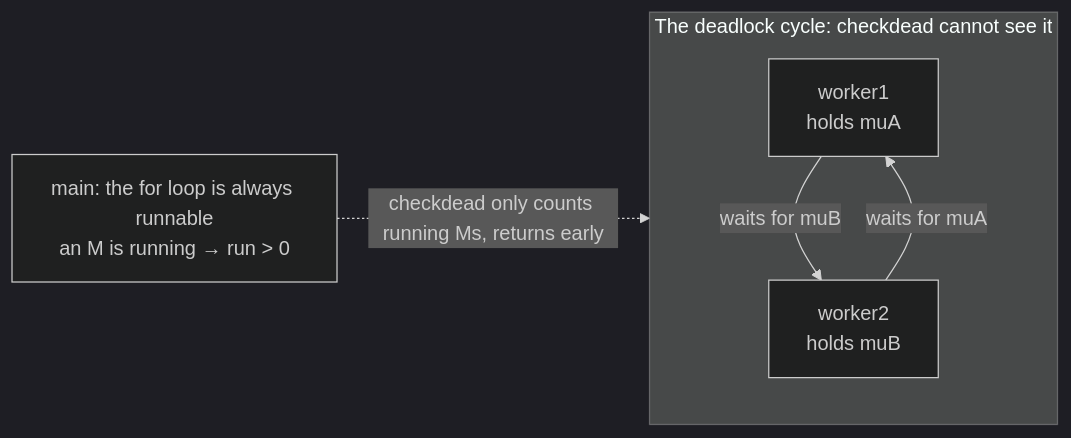
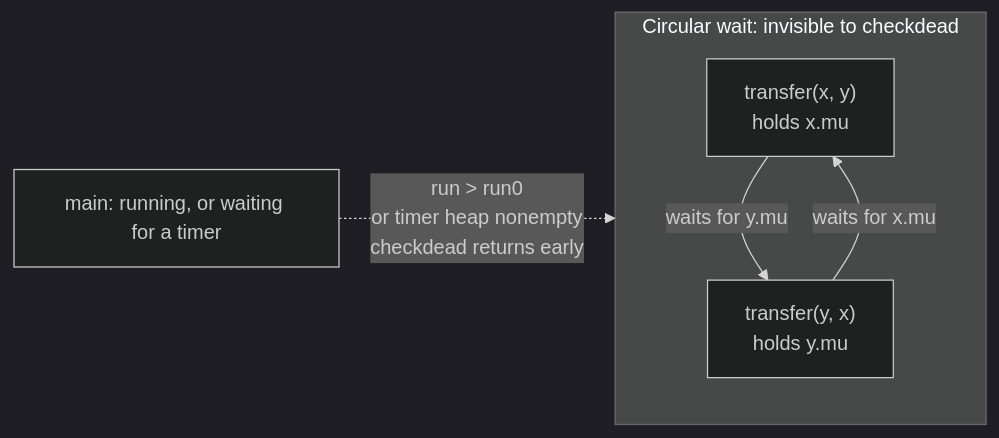
The diagram in book/en-us/part5toolchain/ch16tools/deadlock.md (golang-design/under-the-hood), drawn with Mermaid (dark theme) before and after one commit. The commit also changed other lines of this file and 21 other files, not shown here.

````diff
--- a/book/en-us/part5toolchain/ch16tools/deadlock.md
+++ b/book/en-us/part5toolchain/ch16tools/deadlock.md
@@ -179,11 +245,11 @@
 ```mermaid
 flowchart LR
-  subgraph DEAD["The deadlock cycle: checkdead cannot see it"]
-    W1["worker1<br/>holds muA"]
-    W2["worker2<br/>holds muB"]
-    W1 -- "waits for muB" --> W2
-    W2 -- "waits for muA" --> W1
+  subgraph CYCLE["Circular wait: invisible to checkdead"]
+    T1["transfer(x, y)<br/>holds x.mu"]
+    T2["transfer(y, x)<br/>holds y.mu"]
+    T1 -- "waits for y.mu" --> T2
+    T2 -- "waits for x.mu" --> T1
   end
-  M["main: the for loop is always runnable<br/>an M is running → run > 0"]
-  M -. "checkdead only counts running Ms, returns early" .-> DEAD
+  M["main: running, or waiting for a timer"]
+  M -. "run > run0<br/>or timer heap nonempty<br/>checkdead returns early" .-> CYCLE
 ```
````
